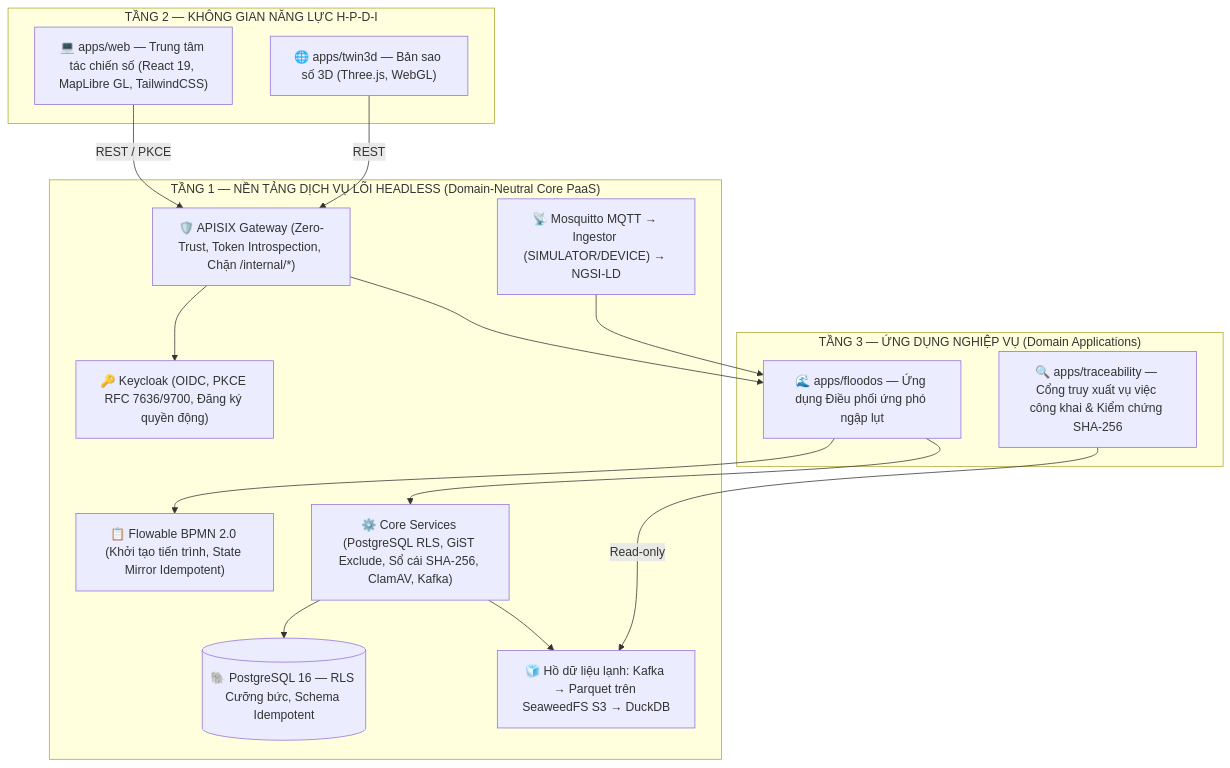
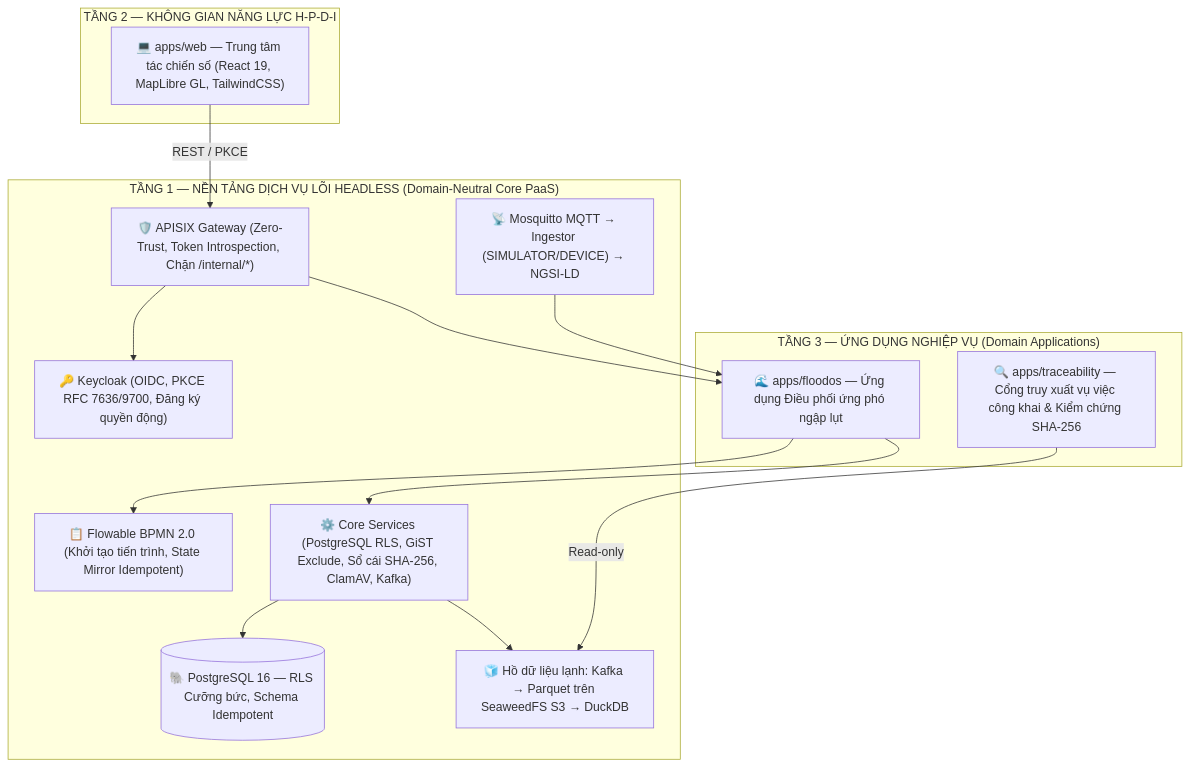
Before and after one commit to Floodos-hou/FloodOS: the diagram in README.md, drawn with Mermaid. The commit also changed 68 other files, not shown here.

````diff
--- a/README.md
+++ b/README.md
@@ -99,33 +99,31 @@
 ```mermaid
 flowchart TD
     subgraph T3 ["TẦNG 3 — ỨNG DỤNG NGHIỆP VỤ (Domain Applications)"]
         FO["🌊 apps/floodos — Ứng dụng Điều phối ứng phó ngập lụt"]
         TR["🔍 apps/traceability — Cổng truy xuất vụ việc công khai & Kiểm chứng SHA-256"]
     end
 
     subgraph T2 ["TẦNG 2 — KHÔNG GIAN NĂNG LỰC H-P-D-I"]
         WEB["💻 apps/web — Trung tâm tác chiến số (React 19, MapLibre GL, TailwindCSS)"]
-        TWIN["🌐 apps/twin3d — Bản sao số 3D (Three.js, WebGL)"]
     end
 
     subgraph T1 ["TẦNG 1 — NỀN TẢNG DỊCH VỤ LÕI HEADLESS (Domain-Neutral Core PaaS)"]
         GW["🛡️ APISIX Gateway (Zero-Trust, Token Introspection, Chặn /internal/*)"]
         IAM["🔑 Keycloak (OIDC, PKCE RFC 7636/9700, Đăng ký quyền động)"]
         WF["📋 Flowable BPMN 2.0 (Khởi tạo tiến trình, State Mirror Idempotent)"]
         DS["⚙️ Core Services (PostgreSQL RLS, GiST Exclude, Sổ cái SHA-256, ClamAV, Kafka)"]
         DB[(🐘 PostgreSQL 16 — RLS Cưỡng bức, Schema Idempotent)]
         LAKE["🧊 Hồ dữ liệu lạnh: Kafka → Parquet trên SeaweedFS S3 → DuckDB"]
         OT["📡 Mosquitto MQTT → Ingestor (SIMULATOR/DEVICE) → NGSI-LD"]
     end
 
     WEB -->|REST / PKCE| GW
-    TWIN -->|REST| GW
     TR -->|Read-only| LAKE
     GW --> IAM
     GW --> FO
     FO --> WF
     FO --> DS
     DS --> DB
     DS --> LAKE
     OT --> FO
 ```
````
